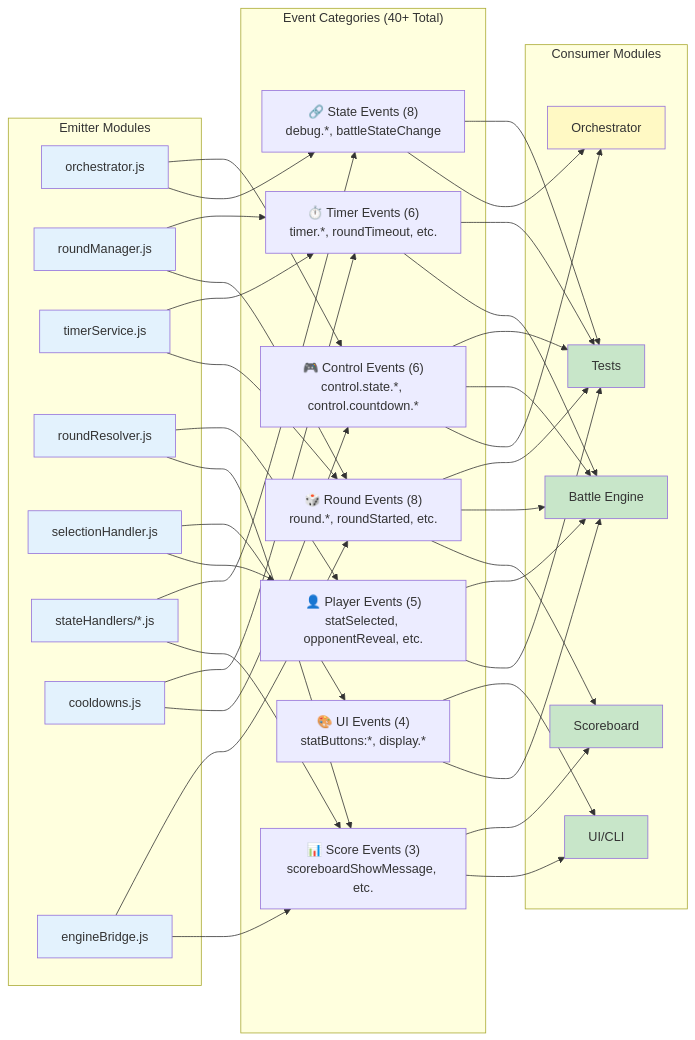
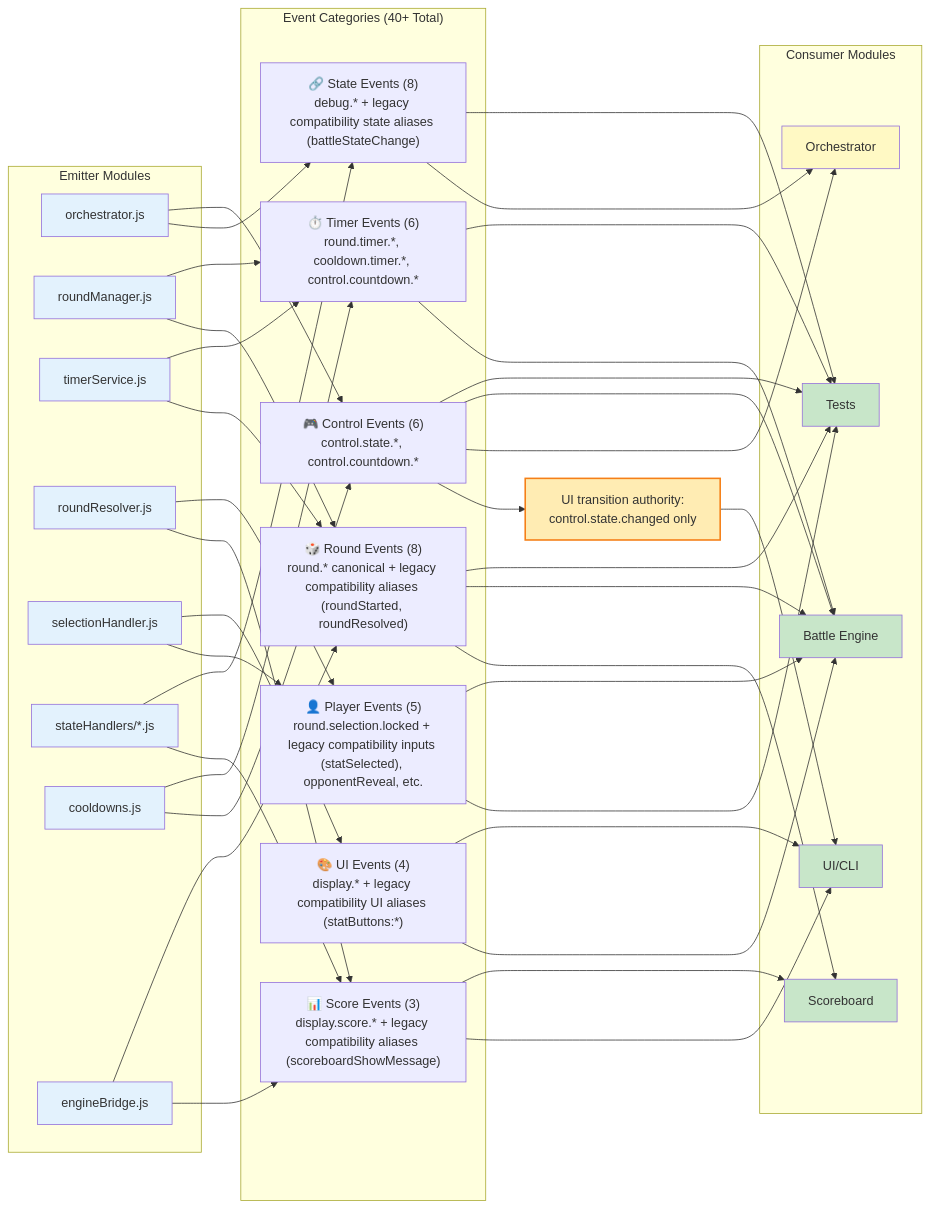
Before and after one commit to CyanAutomation/judokon: the third of 4 diagrams in design/productRequirementsDocuments/prdEventContracts.md, drawn with Mermaid. The commit also changed other lines of this file and 2 other files, not shown here.

Commit message:
docs: align Mermaid event naming with canonical battle contracts (#5687)

```diff
--- a/design/productRequirementsDocuments/prdEventContracts.md
+++ b/design/productRequirementsDocuments/prdEventContracts.md
@@ -256,13 +263,13 @@
     end
 
     subgraph Categories["Event Categories (40+ Total)"]
-        TimerCat["⏱️ Timer Events (6)<br/>timer.*, roundTimeout, etc."]
+        TimerCat["⏱️ Timer Events (6)<br/>round.timer.*, cooldown.timer.*, control.countdown.*"]
         ControlCat["🎮 Control Events (6)<br/>control.state.*, control.countdown.*"]
-        StateCat["🔗 State Events (8)<br/>debug.*, battleStateChange"]
-        UICat["🎨 UI Events (4)<br/>statButtons:*, display.*"]
-        PlayerCat["👤 Player Events (5)<br/>statSelected, opponentReveal, etc."]
-        ScoreCat["📊 Score Events (3)<br/>scoreboardShowMessage, etc."]
-        RoundCat["🎲 Round Events (8)<br/>round.*, roundStarted, etc."]
+        StateCat["🔗 State Events (8)<br/>debug.* + legacy compatibility state aliases (battleStateChange)"]
+        UICat["🎨 UI Events (4)<br/>display.* + legacy compatibility UI aliases (statButtons:*)"]
+        PlayerCat["👤 Player Events (5)<br/>round.selection.locked + legacy compatibility inputs (statSelected), opponentReveal, etc."]
+        ScoreCat["📊 Score Events (3)<br/>display.score.* + legacy compatibility aliases (scoreboardShowMessage)"]
+        RoundCat["🎲 Round Events (8)<br/>round.* canonical + legacy compatibility aliases (roundStarted, roundResolved)"]
     end
 
     subgraph Consumers["Consumer Modules"]
@@ -272,6 +279,9 @@
         Score["Scoreboard"]
         Orch2["Orchestrator"]
     end
+
+    Auth["UI transition authority:
+control.state.changed only"]
 
     ORC --> ControlCat
     ORC --> StateCat
@@ -306,7 +316,10 @@
     RoundCat --> Tests
     RoundCat --> Engine
     RoundCat --> Score
+    ControlCat --> Auth
+    Auth --> UI
 
+    style Auth fill:#ffecb3,stroke:#f57f17,stroke-width:2px
     style ORC fill:#e3f2fd
     style RM fill:#e3f2fd
     style TS fill:#e3f2fd
```
